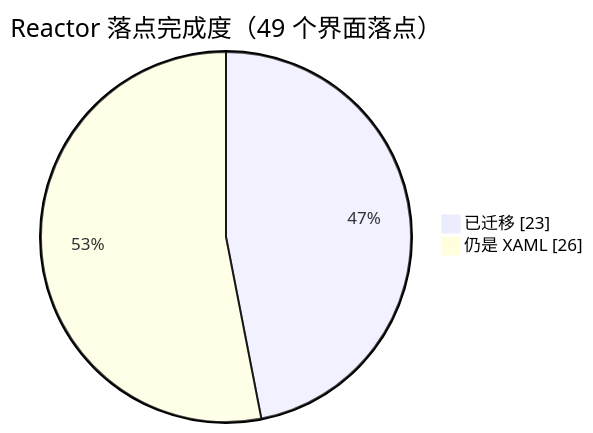
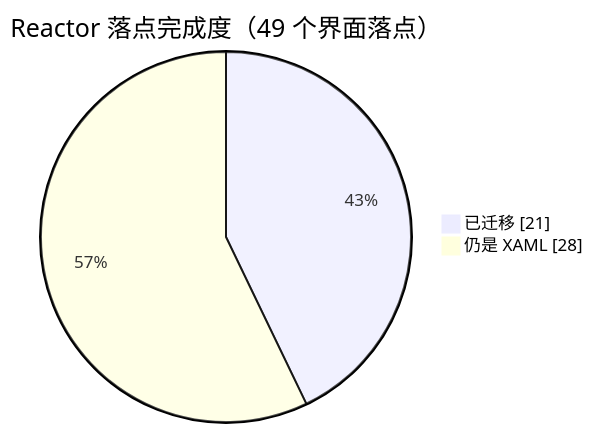
The diagram in README.md (TravelLeobai/Bili.Copilot), drawn with Mermaid before and after one commit. The commit also changed other lines of this file and 15 other files, not shown here.

First line of the commit message:
feat: 设置卡片统一 XAML + 补齐全部图标

````diff
--- a/README.md
+++ b/README.md
@@ -38,6 +38,6 @@
 ```mermaid
 pie showData
     title Reactor 落点完成度（49 个界面落点）
-    "已迁移" : 23
-    "仍是 XAML" : 26
+    "已迁移" : 21
+    "仍是 XAML" : 28
 ```
````
